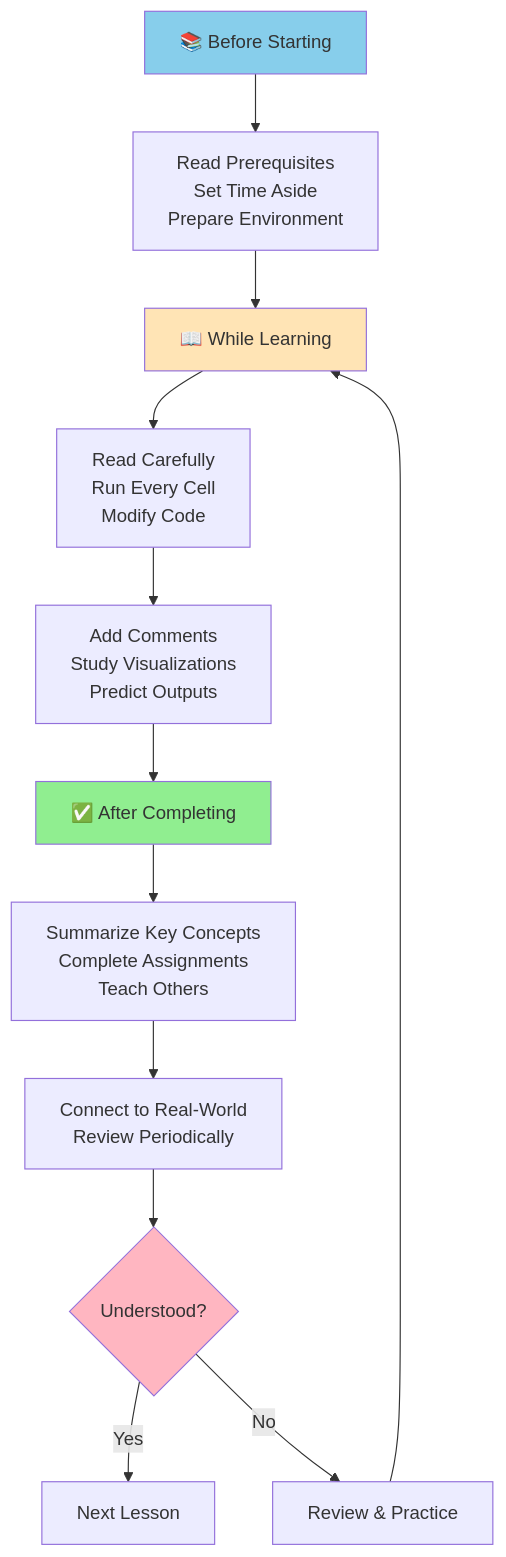
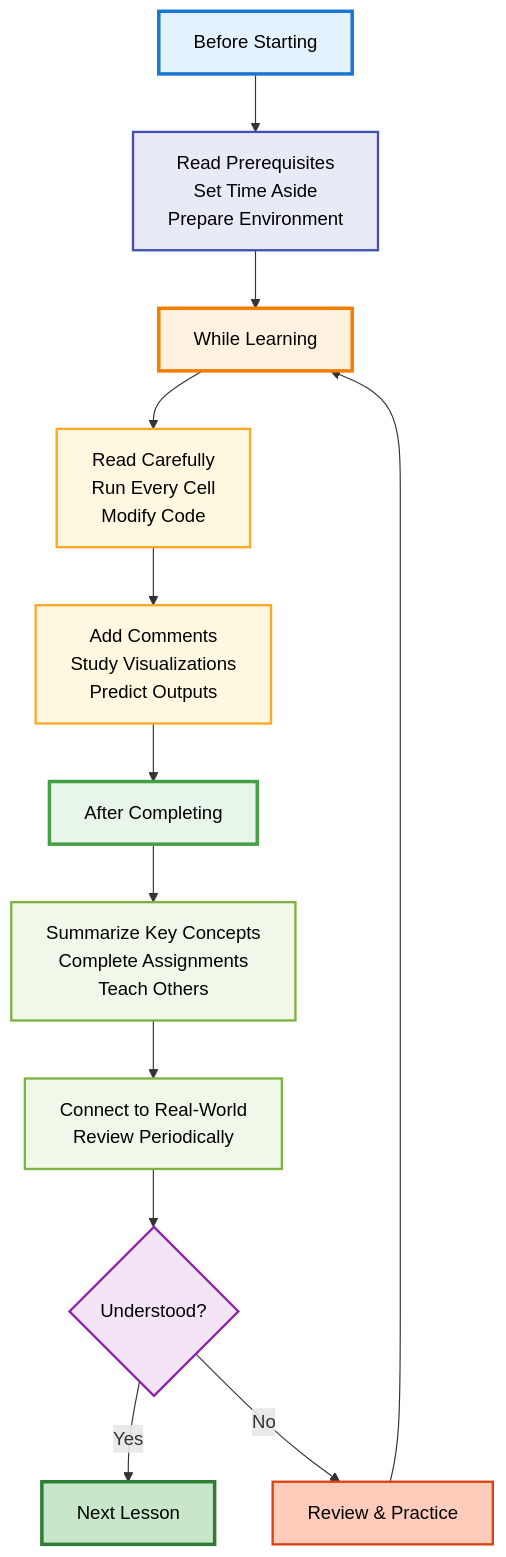
The seventh of 10 diagrams in Basic/README.md (nexageapps/AI), drawn with Mermaid before and after one commit.

````diff
--- a/Basic/README.md
+++ b/Basic/README.md
@@ -401,19 +401,26 @@
 ```mermaid
 graph TD
-    A[📚 Before Starting] --> B[Read Prerequisites<br/>Set Time Aside<br/>Prepare Environment]
-    B --> C[📖 While Learning]
-    C --> D[Read Carefully<br/>Run Every Cell<br/>Modify Code]
-    D --> E[Add Comments<br/>Study Visualizations<br/>Predict Outputs]
-    E --> F[✅ After Completing]
-    F --> G[Summarize Key Concepts<br/>Complete Assignments<br/>Teach Others]
-    G --> H[Connect to Real-World<br/>Review Periodically]
-    H --> I{Understood?}
-    I -->|Yes| J[Next Lesson]
-    I -->|No| K[Review & Practice]
+    A["Before Starting"] --> B["Read Prerequisites<br/>Set Time Aside<br/>Prepare Environment"]
+    B --> C["While Learning"]
+    C --> D["Read Carefully<br/>Run Every Cell<br/>Modify Code"]
+    D --> E["Add Comments<br/>Study Visualizations<br/>Predict Outputs"]
+    E --> F["After Completing"]
+    F --> G["Summarize Key Concepts<br/>Complete Assignments<br/>Teach Others"]
+    G --> H["Connect to Real-World<br/>Review Periodically"]
+    H --> I{"Understood?"}
+    I -->|"Yes"| J["Next Lesson"]
+    I -->|"No"| K["Review & Practice"]
     K --> C
     
-    style A fill:#87CEEB
-    style C fill:#FFE4B5
-    style F fill:#90EE90
-    style I fill:#FFB6C1
+    style A fill:#e3f2fd,stroke:#1976d2,stroke-width:3px,color:#000
+    style B fill:#e8eaf6,stroke:#3f51b5,stroke-width:2px,color:#000
+    style C fill:#fff3e0,stroke:#f57c00,stroke-width:3px,color:#000
+    style D fill:#fff8e1,stroke:#ffa726,stroke-width:2px,color:#000
+    style E fill:#fff8e1,stroke:#ffa726,stroke-width:2px,color:#000
+    style F fill:#e8f5e9,stroke:#43a047,stroke-width:3px,color:#000
+    style G fill:#f1f8e9,stroke:#7cb342,stroke-width:2px,color:#000
+    style H fill:#f1f8e9,stroke:#7cb342,stroke-width:2px,color:#000
+    style I fill:#f3e5f5,stroke:#8e24aa,stroke-width:2px,color:#000
+    style J fill:#c8e6c9,stroke:#2e7d32,stroke-width:3px,color:#000
+    style K fill:#ffccbc,stroke:#d84315,stroke-width:2px,color:#000
 ```
````
